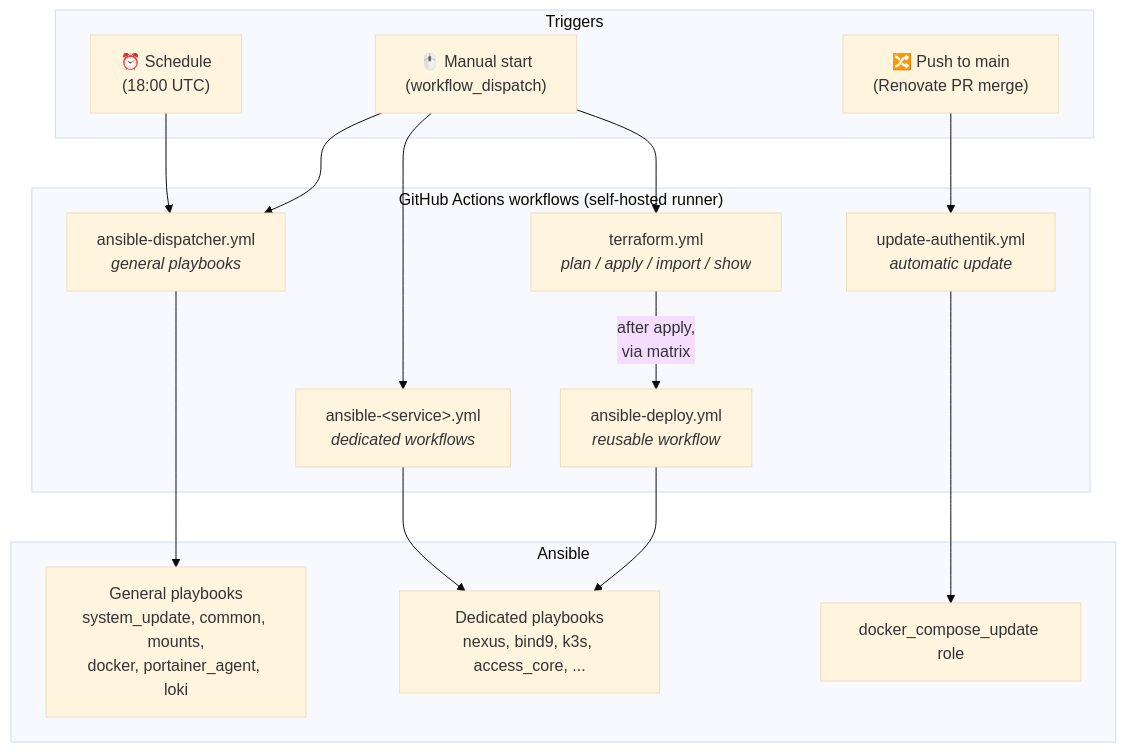
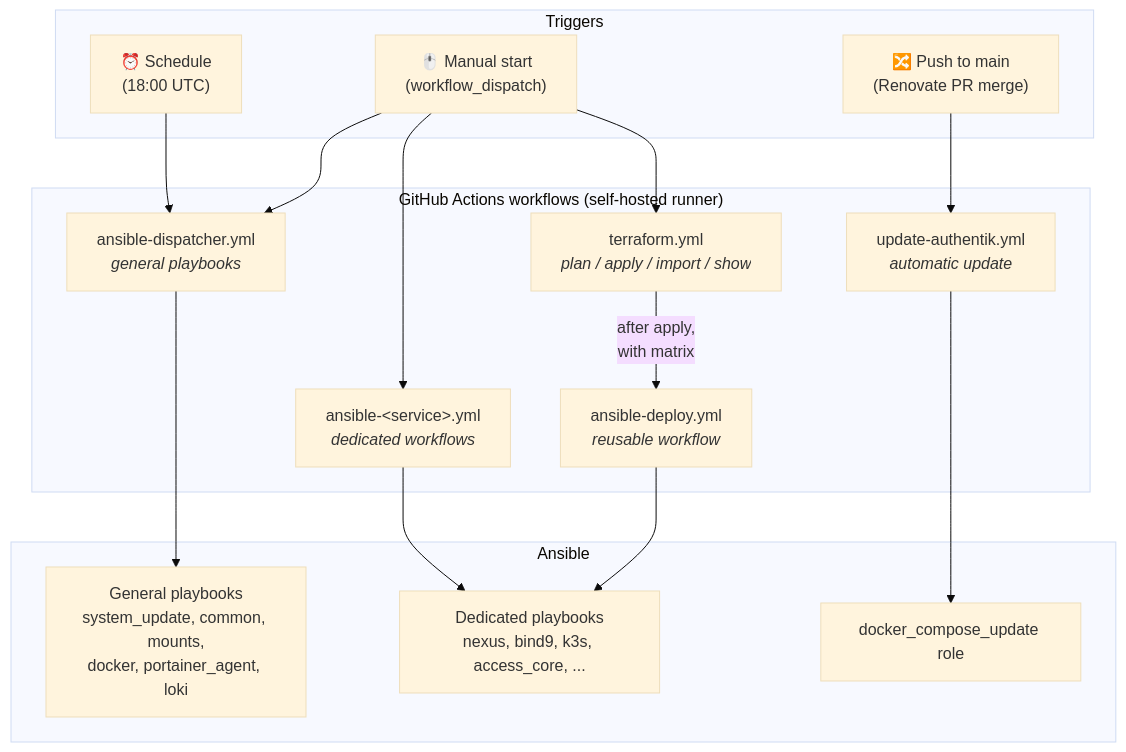
Before and after one commit to torokrolf/homelab: the first of 6 diagrams in 13-Infrastructure_as_Code_(IaC)/README.md, drawn with Mermaid (base theme). The commit also changed other lines of this file, not shown here.

````diff
--- a/13-Infrastructure_as_Code_(IaC)/README.md
+++ b/13-Infrastructure_as_Code_(IaC)/README.md
@@ -249,34 +249,34 @@
 ```mermaid
 flowchart TD
     subgraph TRIG["Triggers"]
         T1["⏰ Schedule<br/>(18:00 UTC)"]
         T2["🖱️ Manual start<br/>(workflow_dispatch)"]
         T3["🔀 Push to main<br/>(Renovate PR merge)"]
     end
 
     subgraph WF["GitHub Actions workflows (self-hosted runner)"]
         D["ansible-dispatcher.yml<br/><i>general playbooks</i>"]
         TF["terraform.yml<br/><i>plan / apply / import / show</i>"]
         DED["ansible-&lt;service&gt;.yml<br/><i>dedicated workflows</i>"]
         UPD["update-authentik.yml<br/><i>automatic update</i>"]
         REUSE["ansible-deploy.yml<br/><i>reusable workflow</i>"]
     end
 
     subgraph ANS["Ansible"]
         GEN["General playbooks<br/>system_update, common, mounts,<br/>docker, portainer_agent, loki"]
         SPEC["Dedicated playbooks<br/>nexus, bind9, k3s, access_core, ..."]
         DCU["docker_compose_update role"]
     end
 
     T1 --> D
     T2 --> D
     T2 --> TF
     T2 --> DED
     T3 --> UPD
 
     D --> GEN
     DED --> SPEC
     UPD --> DCU
-    TF -- "after apply,<br/>via matrix" --> REUSE
+    TF -- "after apply,<br/>with matrix" --> REUSE
     REUSE --> SPEC
 ```
````
